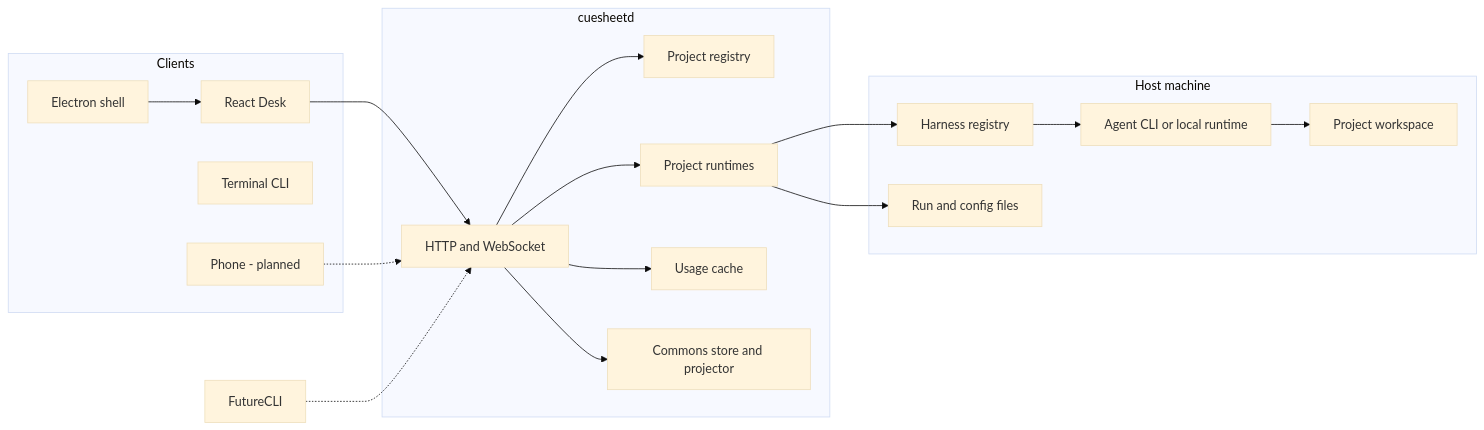
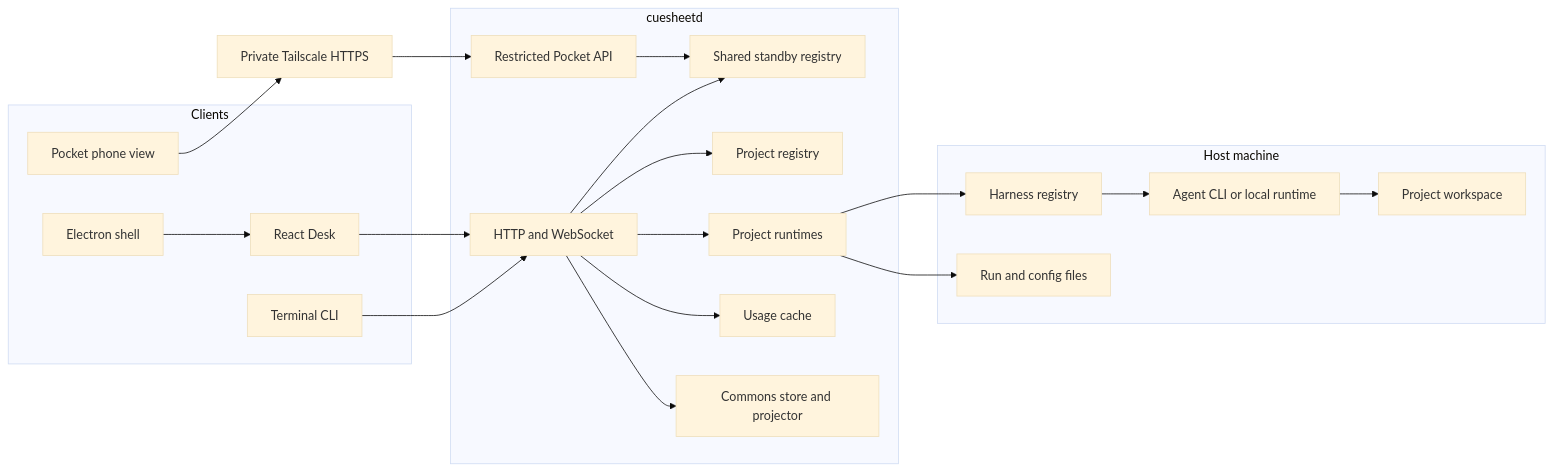
Before and after one commit to npyrz/Cuesheet: the first of 3 diagrams in docs/system-design/architecture.md, drawn with Mermaid (base theme). The commit also changed other lines of this file and 34 other files, not shown here.

First line of the commit message:
Add Pocket phone pairing and standby UI

````diff
--- a/docs/system-design/architecture.md
+++ b/docs/system-design/architecture.md
@@ -9,37 +9,42 @@
 ```mermaid
 flowchart LR
     subgraph Clients
         Desk[React Desk]
         Shell[Electron shell]
         CLI[Terminal CLI]
-        Phone[Phone - planned]
+        Phone[Pocket phone view]
     end
 
     subgraph Daemon[cuesheetd]
         API[HTTP and WebSocket]
+        Pocket[Restricted Pocket API]
+        Standbys[Shared standby registry]
         Registry[Project registry]
         Runtimes[Project runtimes]
         Usage[Usage cache]
         Memory[Commons store and projector]
     end
 
     subgraph Host[Host machine]
         Harness[Harness registry]
         Vendor[Agent CLI or local runtime]
         Repo[Project workspace]
         Disk[Run and config files]
     end
 
     Shell --> Desk
     Desk --> API
-    FutureCLI -.-> API
-    Phone -.-> API
+    CLI --> API
+    Phone --> Tailnet[Private Tailscale HTTPS]
+    Tailnet --> Pocket
+    Pocket --> Standbys
+    API --> Standbys
     API --> Registry
     API --> Runtimes
     API --> Usage
     API --> Memory
     Runtimes --> Harness
     Harness --> Vendor
     Vendor --> Repo
     Runtimes --> Disk
 ```
````
